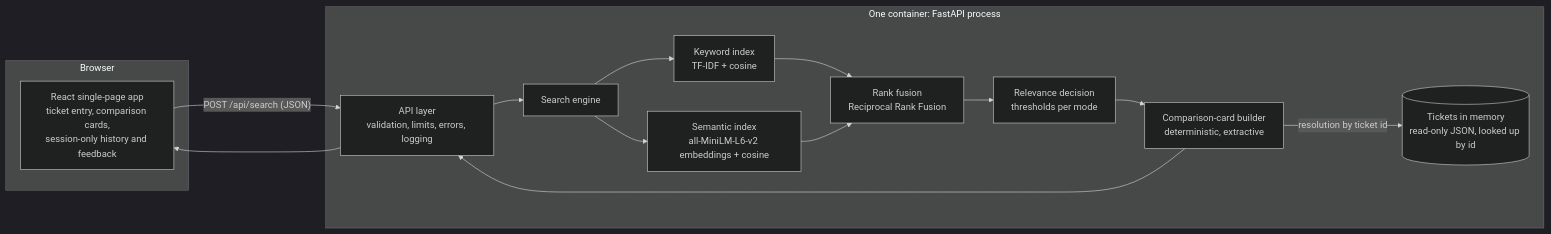
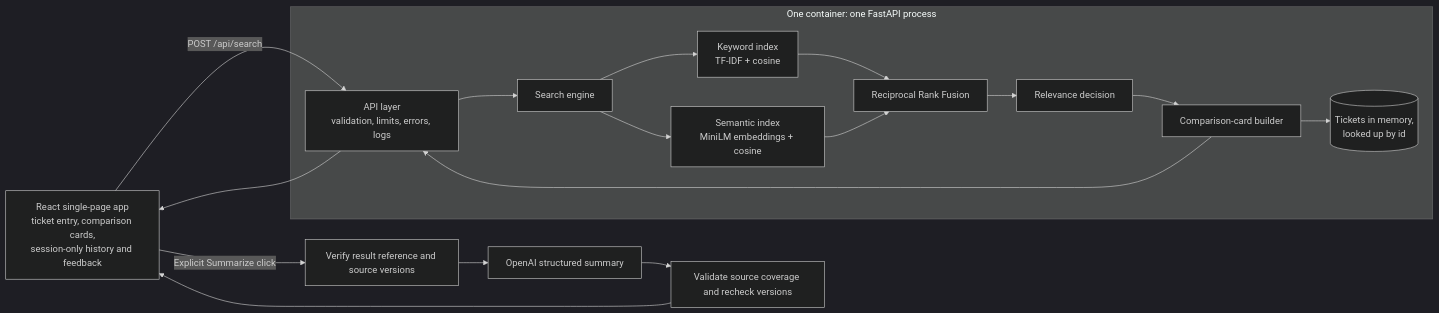
Before and after one commit to Rammanideep-ghantasala/HCL_TECH_FDE_HACKATHON: the diagram in SOLUTION_DESIGN.md, drawn with Mermaid (dark theme). The commit also changed other lines of this file and 152 other files, not shown here.

````diff
--- a/SOLUTION_DESIGN.md
+++ b/SOLUTION_DESIGN.md
@@ -37,21 +32,23 @@
 ```mermaid
 flowchart LR
-    subgraph Browser
-        UI[React single-page app<br/>ticket entry, comparison cards,<br/>session-only history and feedback]
-    end
-    subgraph Container["One container: FastAPI process"]
-        API[API layer<br/>validation, limits, errors, logging]
+    UI[React single-page app<br/>ticket entry, comparison cards,<br/>session-only history and feedback]
+    subgraph C["One container: one FastAPI process"]
+        API[API layer<br/>validation, limits, errors, logs]
         ENG[Search engine]
         KW[Keyword index<br/>TF-IDF + cosine]
-        SEM[Semantic index<br/>all-MiniLM-L6-v2 embeddings + cosine]
-        RRF[Rank fusion<br/>Reciprocal Rank Fusion]
-        REL[Relevance decision<br/>thresholds per mode]
-        CARD[Comparison-card builder<br/>deterministic, extractive]
-        STORE[(Tickets in memory<br/>read-only JSON, looked up by id)]
+        SEM[Semantic index<br/>MiniLM embeddings + cosine]
+        RRF[Reciprocal Rank Fusion]
+        REL[Relevance decision]
+        CARD[Comparison-card builder]
+        STORE[(Tickets in memory,<br/>looked up by id)]
     end
-    UI -- "POST /api/search (JSON)" --> API --> ENG
+    UI -- "POST /api/search" --> API --> ENG
     ENG --> KW & SEM
     KW & SEM --> RRF --> REL --> CARD
-    CARD -- "resolution by ticket id" --> STORE
+    CARD --> STORE
     CARD --> API --> UI
+    UI -- "Explicit Summarize click" --> SUM[Verify result reference and source versions]
+    SUM --> LLM[OpenAI structured summary]
+    LLM --> CHECK[Validate source coverage and recheck versions]
+    CHECK --> UI
 ```
````
